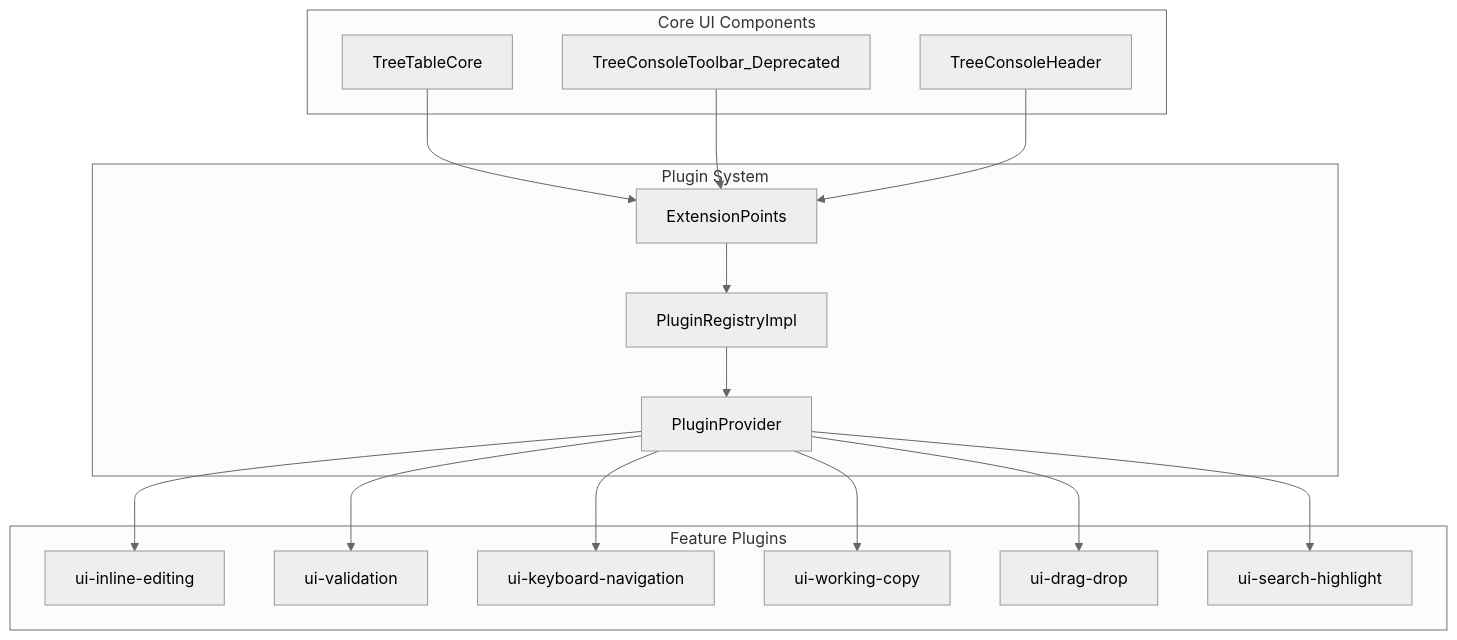
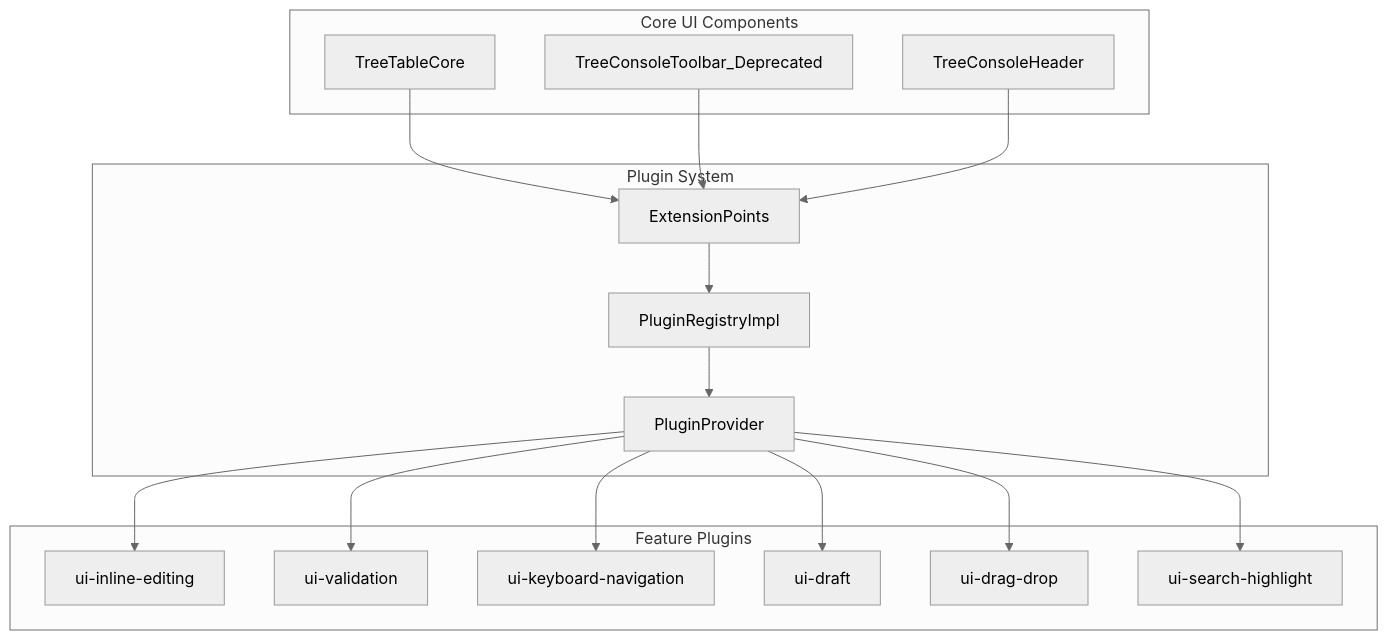
One commit to kubohiroya/hierarchidb changed the diagram in docs/deprecated/REPORT/ui-plugin-architecture.md. Above: the diagram before and after it, drawn with Mermaid (neutral theme). The commit also changed other lines of this file and 796 other files, not shown here.

````diff
--- a/docs/deprecated/REPORT/ui-plugin-architecture.md
+++ b/docs/deprecated/REPORT/ui-plugin-architecture.md
@@ -38,35 +38,35 @@
 ```mermaid
 graph TB
     subgraph "Core UI Components"
         A[TreeTableCore]
         B[TreeConsoleToolbar_Deprecated]
         C[TreeConsoleHeader]
     end
     
     subgraph "Plugin System"
         D[PluginRegistryImpl]
         E[PluginProvider]
         F[ExtensionPoints]
     end
     
     subgraph "Feature Plugins"
         G[ui-inline-editing]
         H[ui-validation]
         I[ui-keyboard-navigation]
-        J[ui-working-copy]
+        J[ui-draft]
         K[ui-drag-drop]
         L[ui-search-highlight]
     end
     
     A --> F
     B --> F
     C --> F
     F --> D
     D --> E
     E --> G
     E --> H
     E --> I
     E --> J
     E --> K
     E --> L
 ```
````
